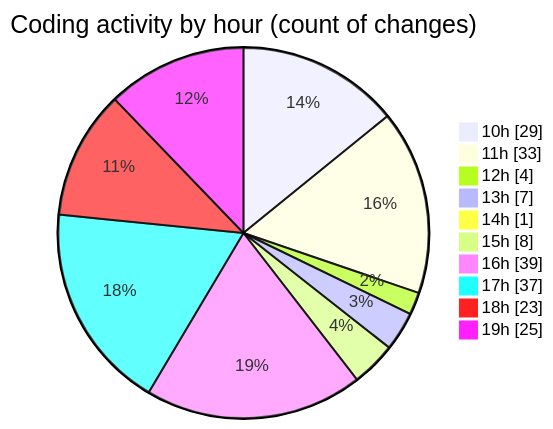
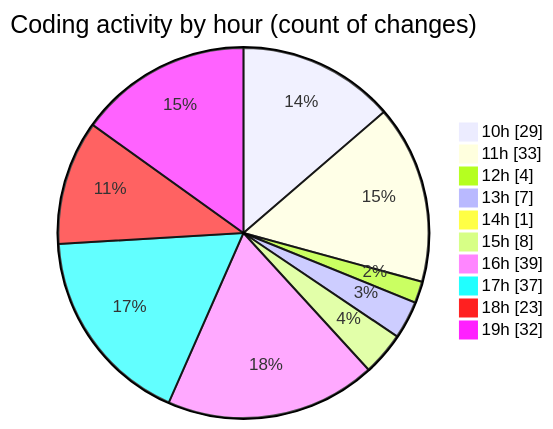
The second of 2 diagrams in 2025-06-05/cda/README.md (momahboobian/code-tracking), drawn with Mermaid before and after one commit. The commit also changed other lines of this file and 1 other file, not shown here.

````diff
--- a/2025-06-05/cda/README.md
+++ b/2025-06-05/cda/README.md
@@ -72,14 +73,14 @@
 ```mermaid
 pie showData
 title Coding activity by hour (count of changes)
 "10h" : 29
 "11h" : 33
 "12h" : 4
 "13h" : 7
 "14h" : 1
 "15h" : 8
 "16h" : 39
 "17h" : 37
 "18h" : 23
-"19h" : 25
+"19h" : 32
 ```
````
